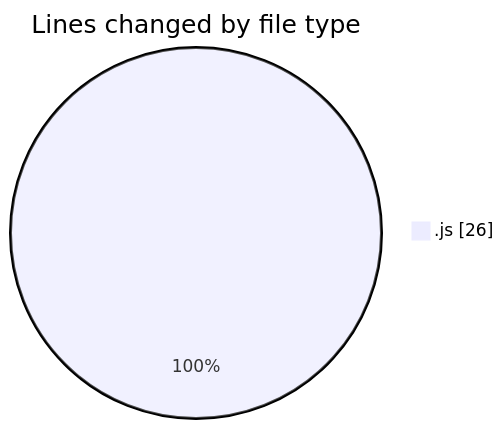
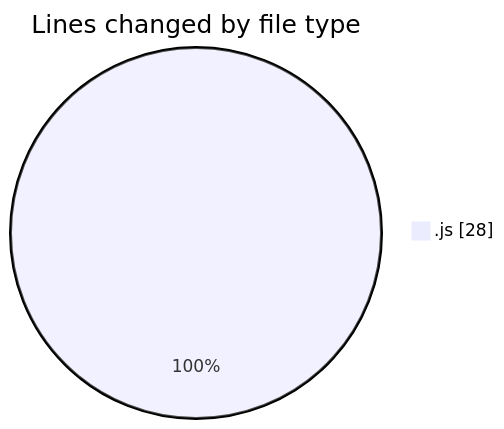
One commit to momahboobian/code-tracking changed the first of 2 diagrams in 2025-08-12/cda/README.md. Above: the diagram before and after it, drawn with Mermaid. The commit also changed other lines of this file and 1 other file, not shown here.

````diff
--- a/2025-08-12/cda/README.md
+++ b/2025-08-12/cda/README.md
@@ -20,5 +20,5 @@
 ```mermaid
 pie showData
 title Lines changed by file type
-".js" : 26
+".js" : 28
 ```
````
